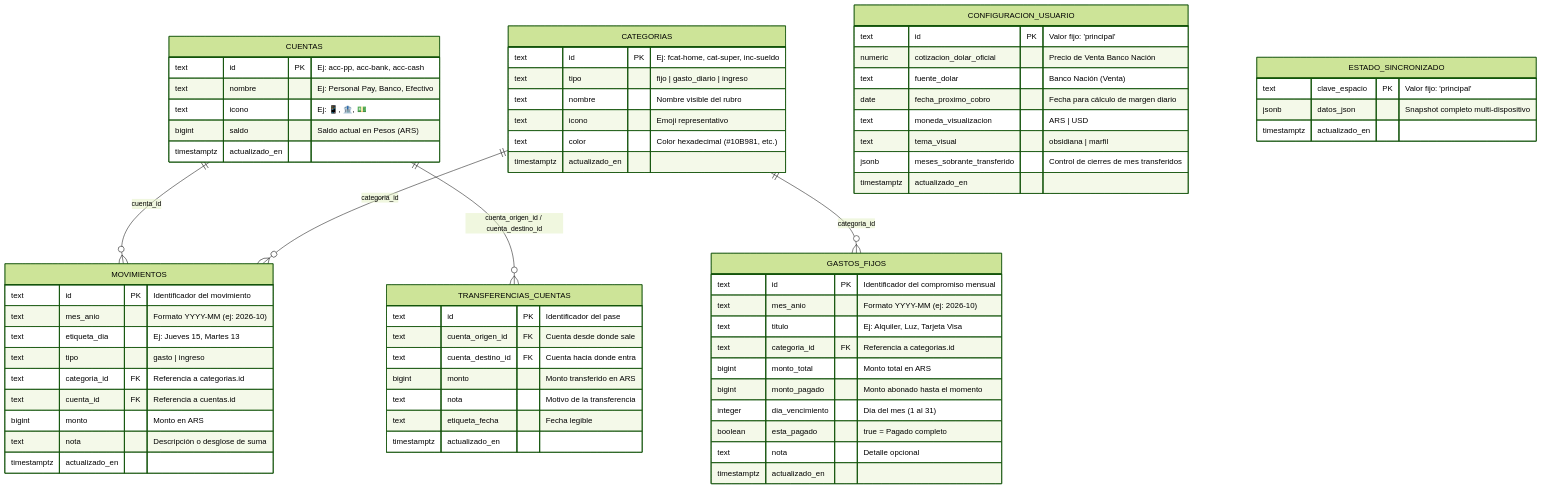
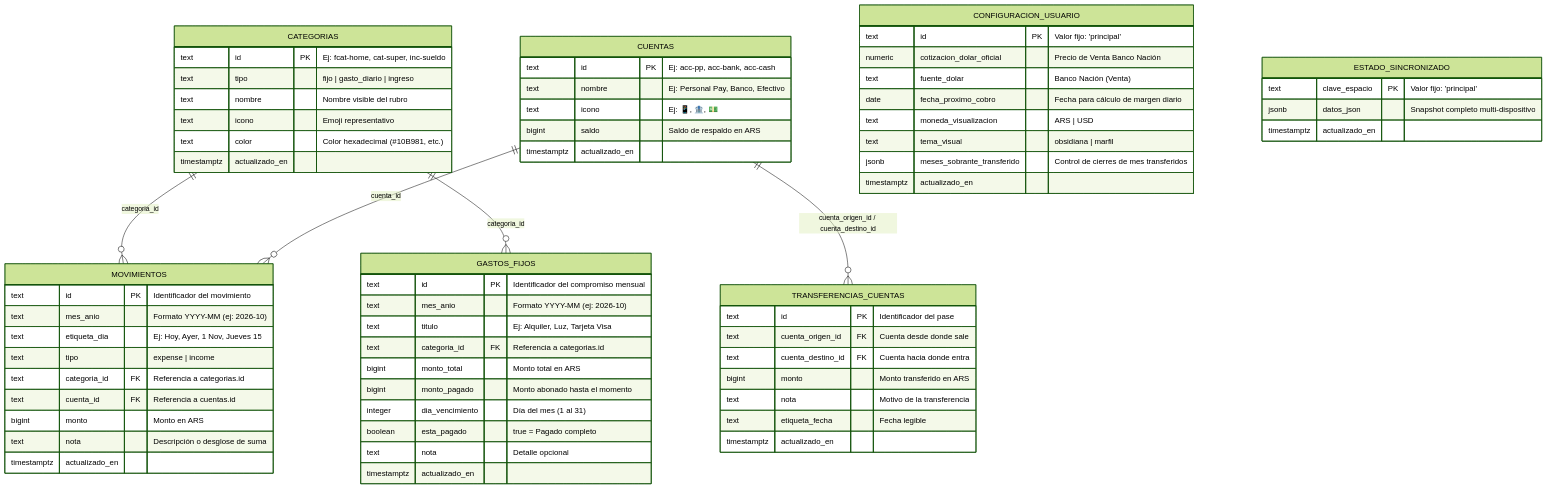
Before and after one commit to MikaelObregon/Realito_app: the diagram in docs/02_base_de_datos_supabase_espanol.md, drawn with Mermaid (forest theme). The commit also changed other lines of this file and 6 other files, not shown here.

````diff
--- a/docs/02_base_de_datos_supabase_espanol.md
+++ b/docs/02_base_de_datos_supabase_espanol.md
@@ -12,76 +12,76 @@
 ```mermaid
 erDiagram
+    CATEGORIAS ||--o{ MOVIMIENTOS : "categoria_id"
+    CATEGORIAS ||--o{ GASTOS_FIJOS : "categoria_id"
     CUENTAS ||--o{ MOVIMIENTOS : "cuenta_id"
     CUENTAS ||--o{ TRANSFERENCIAS_CUENTAS : "cuenta_origen_id / cuenta_destino_id"
-    CATEGORIAS ||--o{ MOVIMIENTOS : "categoria_id"
-    CATEGORIAS ||--o{ GASTOS_FIJOS : "categoria_id"
-
-    CUENTAS {
-        text id PK "Ej: acc-pp, acc-bank, acc-cash"
-        text nombre "Ej: Personal Pay, Banco, Efectivo"
-        text icono "Ej: 📱, 🏦, 💵"
-        bigint saldo "Saldo actual en Pesos (ARS)"
-        timestamptz actualizado_en
-    }
 
     CATEGORIAS {
         text id PK "Ej: fcat-home, cat-super, inc-sueldo"
         text tipo "fijo | gasto_diario | ingreso"
         text nombre "Nombre visible del rubro"
         text icono "Emoji representativo"
         text color "Color hexadecimal (#10B981, etc.)"
         timestamptz actualizado_en
     }
 
     GASTOS_FIJOS {
         text id PK "Identificador del compromiso mensual"
         text mes_anio "Formato YYYY-MM (ej: 2026-10)"
         text titulo "Ej: Alquiler, Luz, Tarjeta Visa"
         text categoria_id FK "Referencia a categorias.id"
         bigint monto_total "Monto total en ARS"
         bigint monto_pagado "Monto abonado hasta el momento"
         integer dia_vencimiento "Día del mes (1 al 31)"
         boolean esta_pagado "true = Pagado completo"
         text nota "Detalle opcional"
         timestamptz actualizado_en
     }
 
     MOVIMIENTOS {
         text id PK "Identificador del movimiento"
         text mes_anio "Formato YYYY-MM (ej: 2026-10)"
-        text etiqueta_dia "Ej: Jueves 15, Martes 13"
-        text tipo "gasto | ingreso"
+        text etiqueta_dia "Ej: Hoy, Ayer, 1 Nov, Jueves 15"
+        text tipo "expense | income"
         text categoria_id FK "Referencia a categorias.id"
         text cuenta_id FK "Referencia a cuentas.id"
         bigint monto "Monto en ARS"
         text nota "Descripción o desglose de suma"
+        timestamptz actualizado_en
+    }
+
+    CUENTAS {
+        text id PK "Ej: acc-pp, acc-bank, acc-cash"
+        text nombre "Ej: Personal Pay, Banco, Efectivo"
+        text icono "Ej: 📱, 🏦, 💵"
+        bigint saldo "Saldo de respaldo en ARS"
         timestamptz actualizado_en
     }
 
     TRANSFERENCIAS_CUENTAS {
         text id PK "Identificador del pase"
         text cuenta_origen_id FK "Cuenta desde donde sale"
         text cuenta_destino_id FK "Cuenta hacia donde entra"
         bigint monto "Monto transferido en ARS"
         text nota "Motivo de la transferencia"
         text etiqueta_fecha "Fecha legible"
         timestamptz actualizado_en
     }
 
     CONFIGURACION_USUARIO {
         text id PK "Valor fijo: 'principal'"
         numeric cotizacion_dolar_oficial "Precio de Venta Banco Nación"
         text fuente_dolar "Banco Nación (Venta)"
         date fecha_proximo_cobro "Fecha para cálculo de margen diario"
         text moneda_visualizacion "ARS | USD"
         text tema_visual "obsidiana | marfil"
         jsonb meses_sobrante_transferido "Control de cierres de mes transferidos"
         timestamptz actualizado_en
     }
 
     ESTADO_SINCRONIZADO {
         text clave_espacio PK "Valor fijo: 'principal'"
         jsonb datos_json "Snapshot completo multi-dispositivo"
         timestamptz actualizado_en
     }
 ```
````
